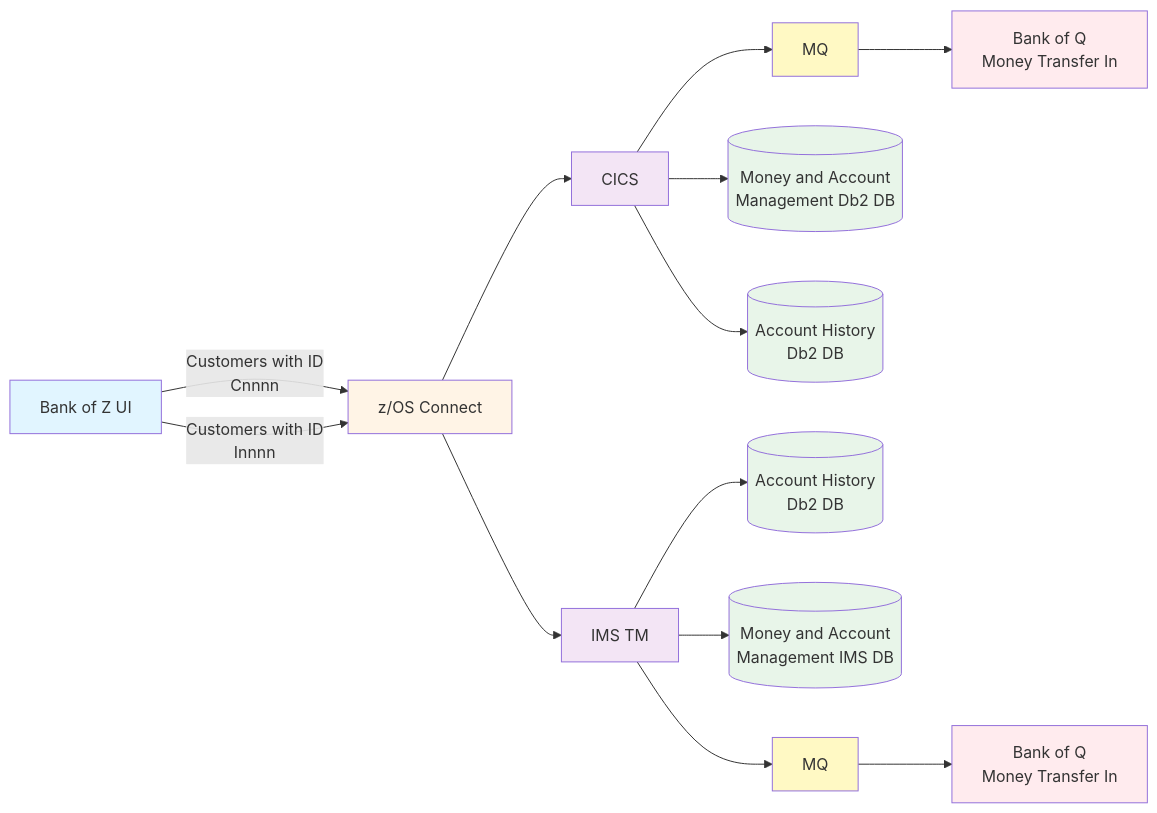
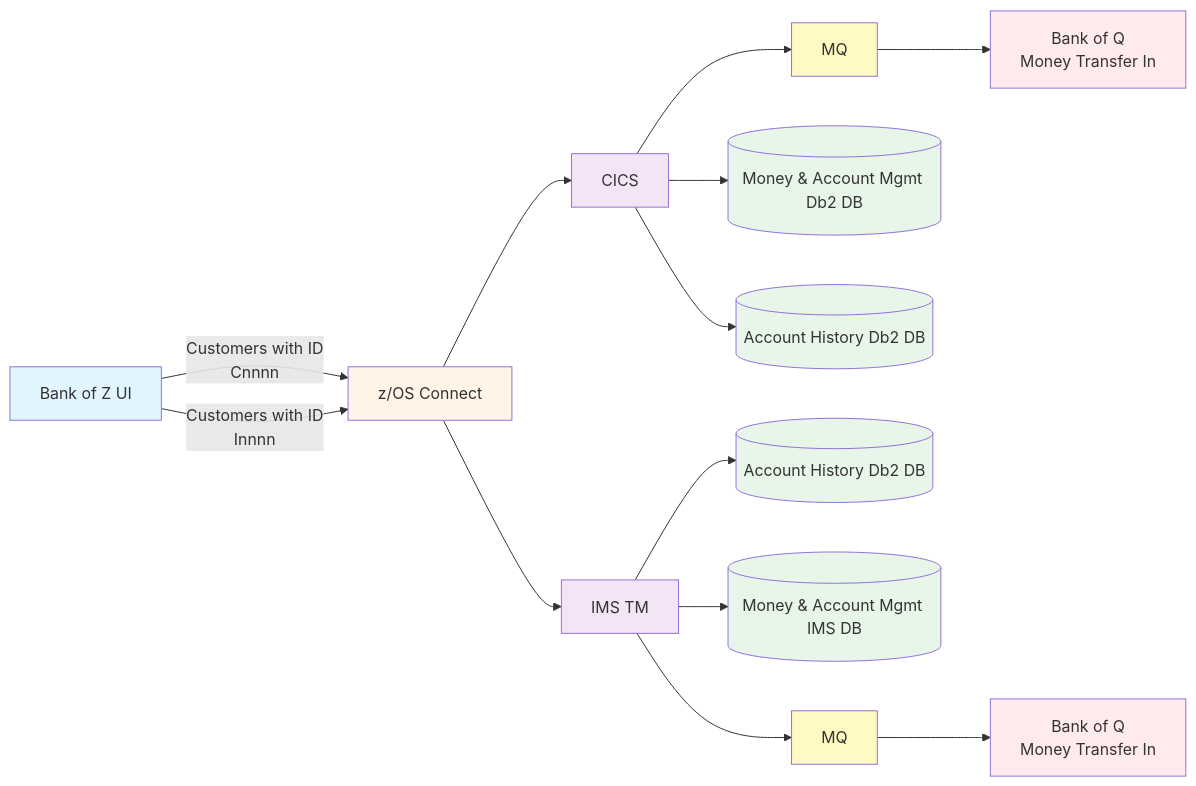
Before and after one commit to davidjwriter/Bank-of-Z: the diagram in README.md, drawn with Mermaid.

Commit message:
Fix Mermaid diagram rendering for GitHub compatibility

````diff
--- a/README.md
+++ b/README.md
@@ -11,57 +11,53 @@
 ```mermaid
 graph LR
     UI[Bank of Z UI]
     ZOS[z/OS Connect]
     
     CICS[CICS]
     IMS[IMS TM]
     
     MQ1[MQ]
-    DB2_CICS[("Money and Account
-    Management Db2 DB")]
-    HISTDB_CICS[("Account History
-    Db2 DB")]
+    DB2_CICS[("Money & Account Mgmt Db2 DB")]
+    HISTDB_CICS[("Account History Db2 DB")]
     
-    HISTDB_IMS[("Account History
-    Db2 DB")]
-    DB2_IMS[("Money and Account
-    Management IMS DB")]
+    HISTDB_IMS[("Account History Db2 DB")]
+    DB2_IMS[("Money & Account Mgmt IMS DB")]
     MQ2[MQ]
     
     BANKQ1["Bank of Q
     Money Transfer In"]
     BANKQ2["Bank of Q
     Money Transfer In"]
     
     UI -->|"Customers with ID
     Cnnnn"| ZOS
     UI -->|"Customers with ID
     Innnn"| ZOS
     
     ZOS --> CICS
     ZOS --> IMS
     
     CICS --> MQ1
     CICS --> DB2_CICS
     CICS --> HISTDB_CICS
     
     IMS --> HISTDB_IMS
     IMS --> DB2_IMS
     IMS --> MQ2
     
     MQ1 --> BANKQ1
     MQ2 --> BANKQ2
     
     style UI fill:#e1f5ff
     style ZOS fill:#fff4e6
     style CICS fill:#f3e5f5
     style IMS fill:#f3e5f5
     style DB2_CICS fill:#e8f5e9
     style DB2_IMS fill:#e8f5e9
     style HISTDB_CICS fill:#e8f5e9
     style HISTDB_IMS fill:#e8f5e9
     style MQ1 fill:#fff9c4
     style MQ2 fill:#fff9c4
     style BANKQ1 fill:#ffebee
     style BANKQ2 fill:#ffebee
 ```
````
